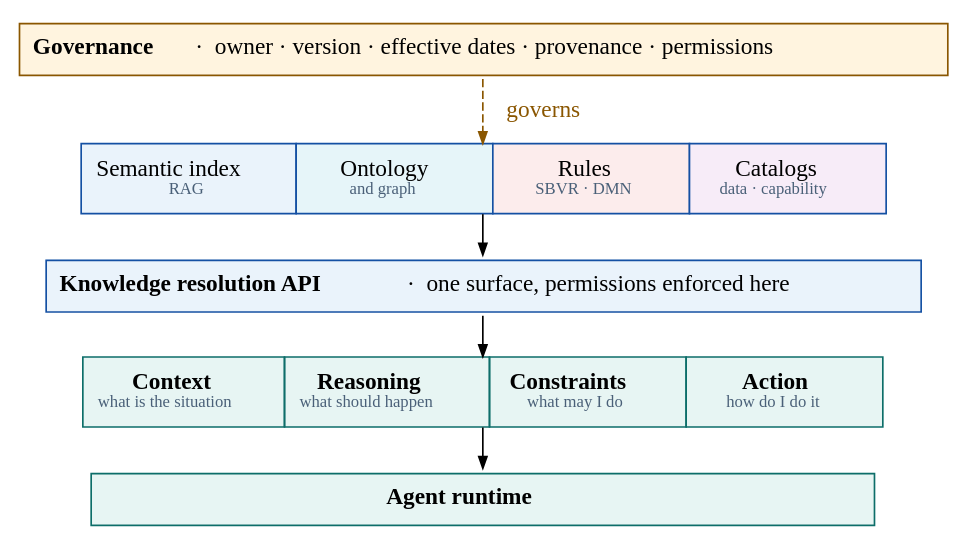
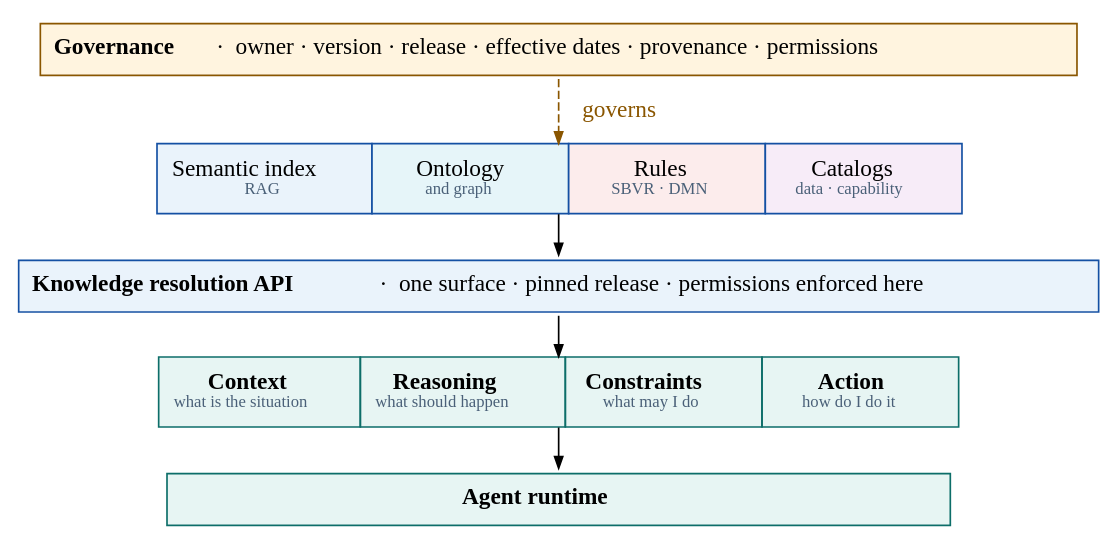
The diagram in assets/diagrams/src/knowledge-fabric.gv (rrahimi-uci/building-enterprise-general-intelligence), drawn with Graphviz before and after one commit. The commit also changed 45 other files, not shown here.

First line of the commit message:
Treat compliance knowledge as a governed release in Chapter 5 (compliance-knowledge step 2)

```diff
--- a/assets/diagrams/src/knowledge-fabric.gv
+++ b/assets/diagrams/src/knowledge-fabric.gv
@@ -1,49 +1,49 @@
 // Figure 5-1 — The enterprise knowledge fabric and its four consumption modes.
 // Message: RAG is one representation among several, and one governed surface
 // sits between all of them and the agent.
 digraph knowledge_fabric {
   rankdir = TB
   graph [ranksep=0.32, nodesep=0.22]
   node [shape=plaintext, style="", margin=0]
   edge [arrowsize=0.7]
 
   gov [label=<
     <TABLE BORDER="0" CELLBORDER="1" CELLSPACING="0" CELLPADDING="7" COLOR="#8A5600" BGCOLOR="#FFF4DF">
-      <TR><TD ALIGN="CENTER" WIDTH="470"><B>Governance</B>  ·  owner · version · effective dates · provenance · permissions</TD></TR>
+      <TR><TD ALIGN="CENTER" WIDTH="470"><B>Governance</B>  ·  owner · version · release · effective dates · provenance · permissions</TD></TR>
     </TABLE>>]
 
   reps [label=<
     <TABLE BORDER="0" CELLBORDER="1" CELLSPACING="0" CELLPADDING="8" COLOR="#1450A3" BGCOLOR="white">
       <TR>
         <TD WIDTH="118" BGCOLOR="#EAF3FB" ALIGN="CENTER">Semantic index<BR/><FONT POINT-SIZE="10" COLOR="#4A6078">RAG</FONT></TD>
         <TD WIDTH="118" BGCOLOR="#E6F5F9" ALIGN="CENTER">Ontology<BR/><FONT POINT-SIZE="10" COLOR="#4A6078">and graph</FONT></TD>
         <TD WIDTH="118" BGCOLOR="#FCECEC" ALIGN="CENTER">Rules<BR/><FONT POINT-SIZE="10" COLOR="#4A6078">SBVR · DMN</FONT></TD>
         <TD WIDTH="118" BGCOLOR="#F7ECF8" ALIGN="CENTER">Catalogs<BR/><FONT POINT-SIZE="10" COLOR="#4A6078">data · capability</FONT></TD>
       </TR>
     </TABLE>>]
 
   api [label=<
     <TABLE BORDER="0" CELLBORDER="1" CELLSPACING="0" CELLPADDING="7" COLOR="#1450A3" BGCOLOR="#EAF3FB">
-      <TR><TD ALIGN="CENTER" WIDTH="470"><B>Knowledge resolution API</B>  ·  one surface, permissions enforced here</TD></TR>
+      <TR><TD ALIGN="CENTER" WIDTH="470"><B>Knowledge resolution API</B>  ·  one surface · pinned release · permissions enforced here</TD></TR>
     </TABLE>>]
 
   modes [label=<
     <TABLE BORDER="0" CELLBORDER="1" CELLSPACING="0" CELLPADDING="8" COLOR="#0D6E69" BGCOLOR="#E7F5F3">
       <TR>
         <TD WIDTH="118" ALIGN="CENTER"><B>Context</B><BR/><FONT POINT-SIZE="10" COLOR="#4A6078">what is the situation</FONT></TD>
         <TD WIDTH="118" ALIGN="CENTER"><B>Reasoning</B><BR/><FONT POINT-SIZE="10" COLOR="#4A6078">what should happen</FONT></TD>
         <TD WIDTH="118" ALIGN="CENTER"><B>Constraints</B><BR/><FONT POINT-SIZE="10" COLOR="#4A6078">what may I do</FONT></TD>
         <TD WIDTH="118" ALIGN="CENTER"><B>Action</B><BR/><FONT POINT-SIZE="10" COLOR="#4A6078">how do I do it</FONT></TD>
       </TR>
     </TABLE>>]
 
   agent [label=<
     <TABLE BORDER="0" CELLBORDER="1" CELLSPACING="0" CELLPADDING="7" COLOR="#0D6E69" BGCOLOR="#E7F5F3">
       <TR><TD ALIGN="CENTER" WIDTH="470"><B>Agent runtime</B></TD></TR>
     </TABLE>>]
 
   gov -> reps [style=dashed, color="#8A5600", label="  governs  ", fontcolor="#8A5600"]
   reps -> api
   api -> modes
   modes -> agent
 }
```
